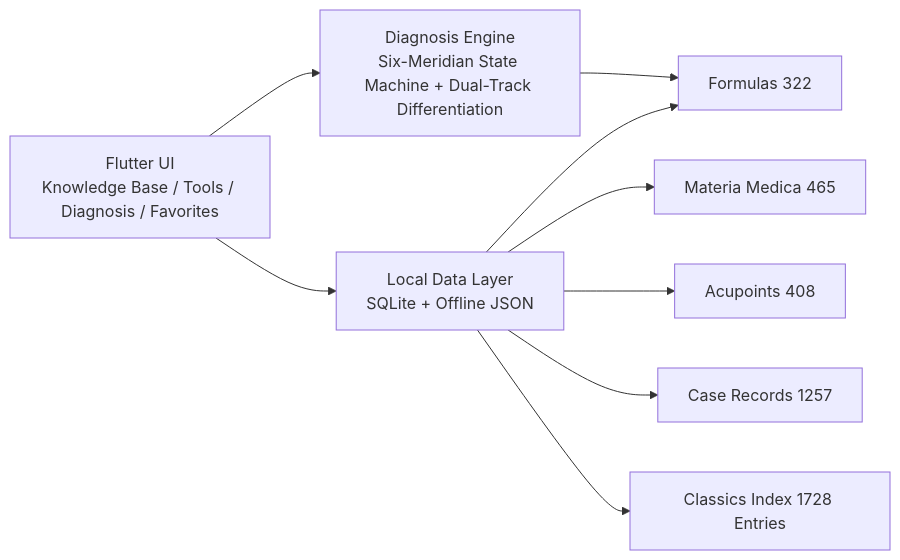
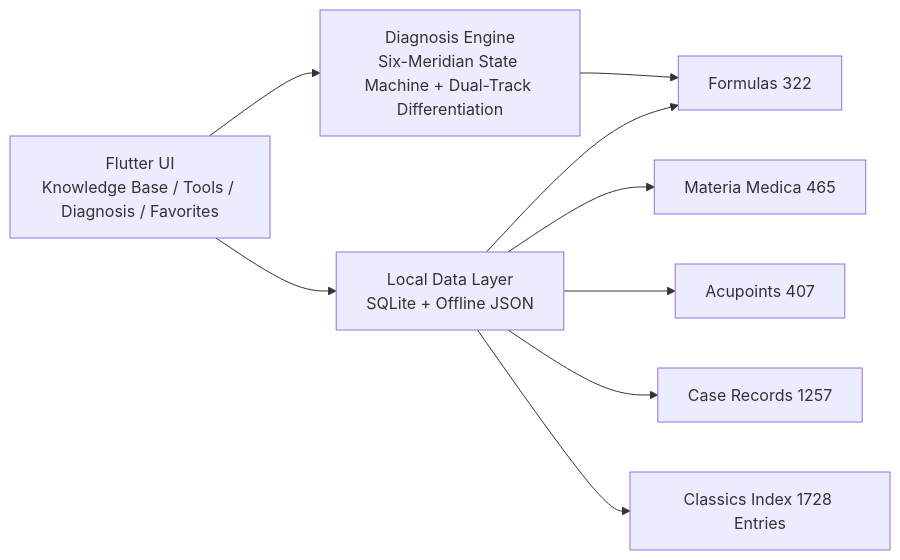
One commit to jangviktor-web/nihaixia-app changed the diagram in README.en.md. Above: the diagram before and after it, drawn with Mermaid. The commit also changed other lines of this file and 10 other files, not shown here.

````diff
--- a/README.en.md
+++ b/README.en.md
@@ -635,11 +639,11 @@
 ```mermaid
 flowchart LR
   UI["Flutter UI<br/>Knowledge Base / Tools / Diagnosis / Favorites"] --> ENG["Diagnosis Engine<br/>Six-Meridian State Machine + Dual-Track Differentiation"]
   UI --> DATA["Local Data Layer<br/>SQLite + Offline JSON"]
   DATA --> F["Formulas 322"]
   DATA --> H["Materia Medica 465"]
-  DATA --> A["Acupoints 408"]
+  DATA --> A["Acupoints 407"]
   DATA --> M["Case Records 1257"]
   DATA --> C["Classics Index 1728 Entries"]
   ENG --> F
 ```
````
